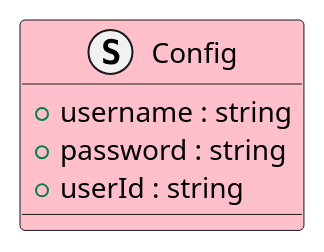
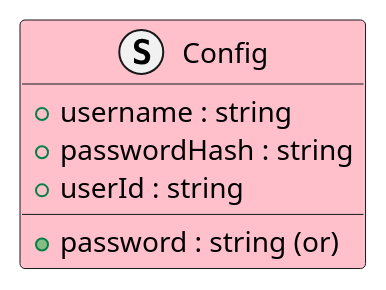
The first of 4 diagrams in doc/7_infrastructure/StaticLoginAuthenticator/readme.md (hachimitu22/MangaViewer), drawn with PlantUML before and after one commit. The commit also changed other lines of this file and 8 other files, not shown here.

````diff
--- a/doc/7_infrastructure/StaticLoginAuthenticator/readme.md
+++ b/doc/7_infrastructure/StaticLoginAuthenticator/readme.md
@@ -38,7 +38,8 @@
 ```plantuml
 struct Config #pink {
     + username : string
-    + password : string
+    + password : string (or)
+    + passwordHash : string
     + userId : string
 }
 ```
````
